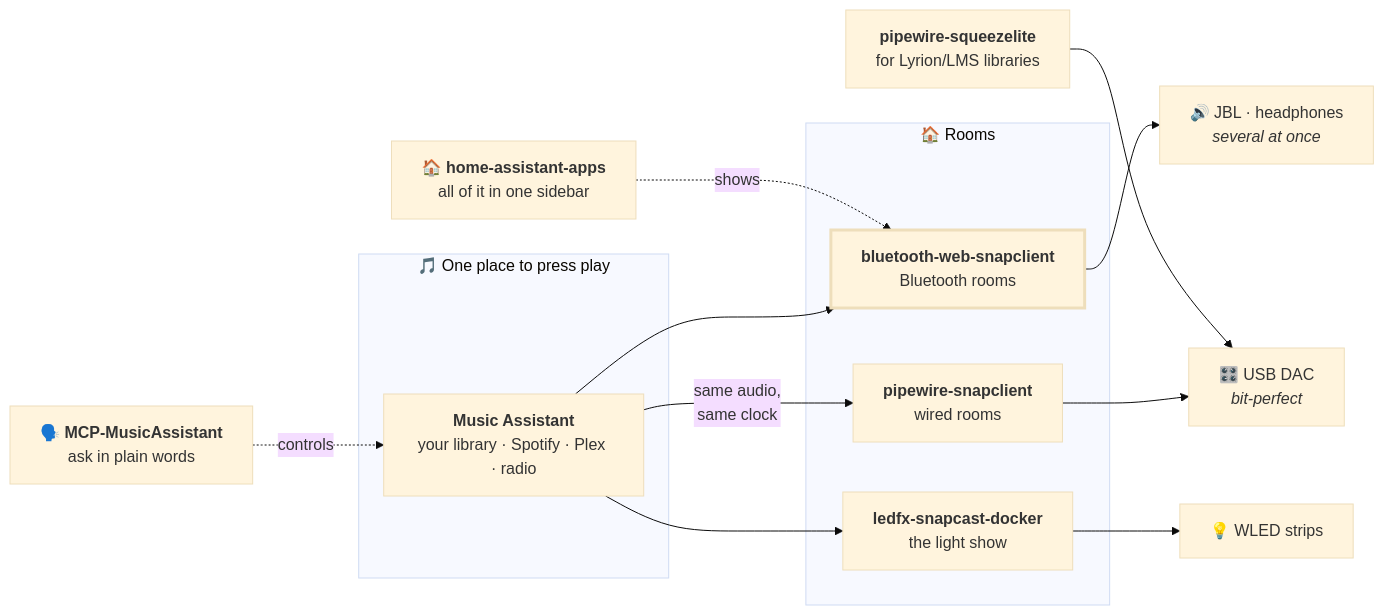
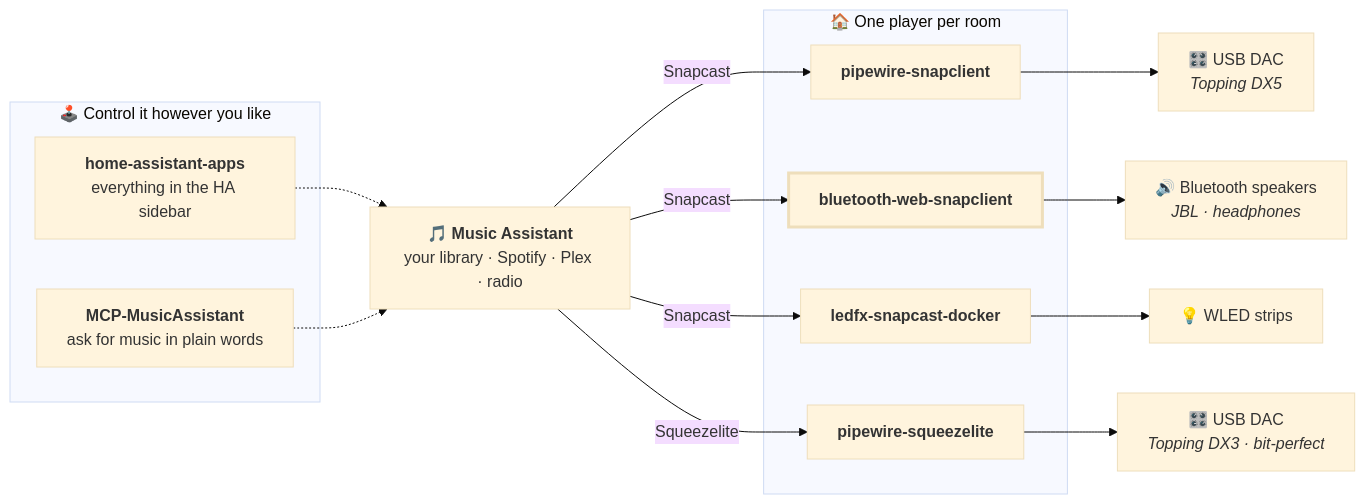
One commit to shuricksumy/home-audio-stack changed the diagram in README.md. Above: the diagram before and after it, drawn with Mermaid (base theme). The commit also changed other lines of this file, not shown here.

Commit message:
Correct the diagram: Squeezelite is a room, and each player owns its device
Three things were wrong.

Music Assistant drives Squeezelite directly through its Squeezelite provider, so
it belongs in the room layer next to the Snapcast players, fed by Music Assistant
like the rest -- not hanging off to one side as an LMS-only path. The edges now
name which provider carries each one.

Two players were drawn into the same DAC. One player, one output device: the
Snapcast client and the Squeezelite client each get their own.

The Home Assistant add-ons sat as an annotation on the Bluetooth panel. They
belong beside MCP-MusicAssistant as the control layer, both connecting to Music
Assistant, which is how they actually work.

````diff
--- a/README.md
+++ b/README.md
@@ -117,27 +119,31 @@
 ```mermaid
 flowchart LR
-    subgraph brain["🎵 One place to press play"]
-        MA["<b>Music Assistant</b><br/>your library · Spotify · Plex · radio"]
+    subgraph control["🕹️ Control it however you like"]
+        HA["<b>home-assistant-apps</b><br/>everything in the HA sidebar"]
+        MCP["<b>MCP-MusicAssistant</b><br/>ask for music in plain words"]
     end
 
-    MA -- "same audio,<br/>same clock" --> C1
-    MA --> C2
-    MA --> C3
+    HA -.-> MA
+    MCP -.-> MA
 
-    subgraph rooms["🏠 Rooms"]
-        C1["<b>pipewire-snapclient</b><br/>wired rooms"]
-        C2["<b>bluetooth-web-snapclient</b><br/>Bluetooth rooms"]
-        C3["<b>ledfx-snapcast-docker</b><br/>the light show"]
+    MA["🎵 <b>Music Assistant</b><br/>your library · Spotify · Plex · radio"]
+
+    MA -- "Snapcast" --> C1
+    MA -- "Snapcast" --> C2
+    MA -- "Snapcast" --> C3
+    MA -- "Squeezelite" --> C4
+
+    subgraph rooms["🏠 One player per room"]
+        C1["<b>pipewire-snapclient</b>"]
+        C2["<b>bluetooth-web-snapclient</b>"]
+        C3["<b>ledfx-snapcast-docker</b>"]
+        C4["<b>pipewire-squeezelite</b>"]
     end
 
-    C1 --> DAC["🎛️ USB DAC<br/><i>bit-perfect</i>"]
-    C2 --> BT["🔊 JBL · headphones<br/><i>several at once</i>"]
-    C3 --> LED["💡 WLED strips"]
-
-    LMS["<b>pipewire-squeezelite</b><br/>for Lyrion/LMS libraries"] --> DAC
-
-    HA["🏠 <b>home-assistant-apps</b><br/>all of it in one sidebar"] -. shows .-> C2
-    ASK["🗣️ <b>MCP-MusicAssistant</b><br/>ask in plain words"] -. controls .-> MA
+    C1 --> D1["🎛️ USB DAC<br/><i>Topping DX5</i>"]
+    C2 --> D2["🔊 Bluetooth speakers<br/><i>JBL · headphones</i>"]
+    C3 --> D3["💡 WLED strips"]
+    C4 --> D4["🎛️ USB DAC<br/><i>Topping DX3 · bit-perfect</i>"]
 
     style C2 stroke-width:3px
 ```
````
